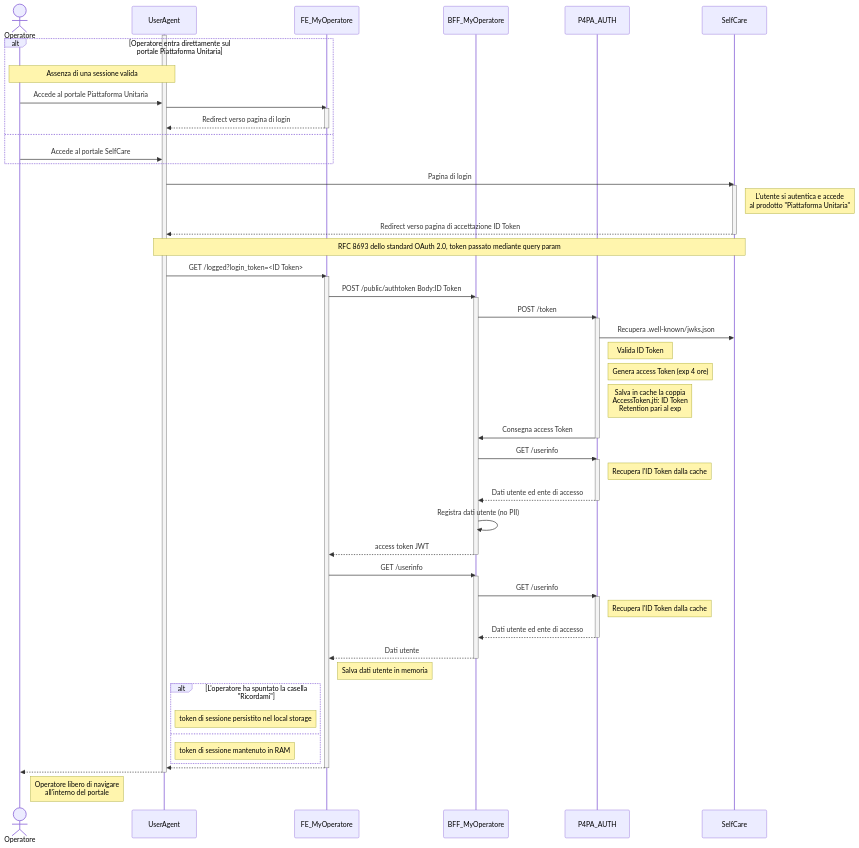
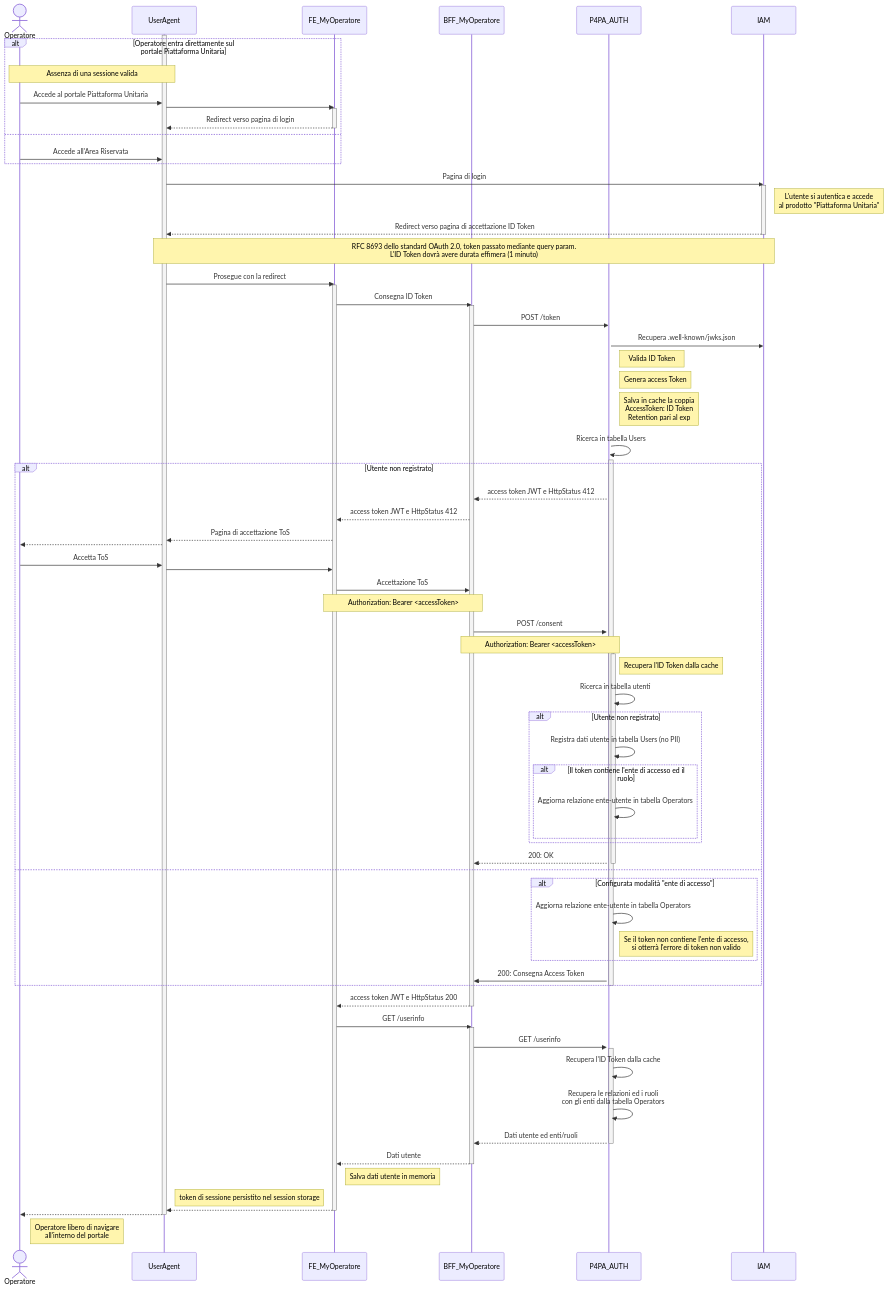
One commit to pagopa/p4pa-doc changed the diagram in design/auth/sequence_auth.mmd. Above: the diagram before and after it, drawn with Mermaid. The commit also changed 9 other files, not shown here.

```diff
--- a/design/auth/sequence_auth.mmd
+++ b/design/auth/sequence_auth.mmd
@@ -1,75 +1,96 @@
 sequenceDiagram
     actor Operatore
     participant UserAgent
     participant FE as FE_MyOperatore
     participant BFF as BFF_MyOperatore
     participant AUTH as P4PA_AUTH
-    participant SelfCare
+    participant IAM
 
     activate UserAgent
         alt Operatore entra direttamente sul portale Piattaforma Unitaria
             note over Operatore, UserAgent: Assenza di una sessione valida
             Operatore ->> UserAgent: Accede al portale Piattaforma Unitaria
 
             UserAgent ->> FE: #
             activate FE
                 FE -->> UserAgent: Redirect verso pagina di login
             deactivate FE
         else
-            Operatore ->> UserAgent: Accede al portale SelfCare
+            Operatore ->> UserAgent: Accede all'Area Riservata
         end
 
-        UserAgent ->> SelfCare: Pagina di login
-        activate SelfCare
-            note right of SelfCare: L'utente si autentica e accede<br />al prodotto "Piattaforma Unitaria"
-            SelfCare -->> UserAgent: Redirect verso pagina di accettazione ID Token
-        deactivate SelfCare
-        note over UserAgent, SelfCare: RFC 8693 dello standard OAuth 2.0, token passato mediante query param
+        UserAgent ->> IAM: Pagina di login
+        activate IAM
+            note right of IAM: L'utente si autentica e accede<br />al prodotto "Piattaforma Unitaria"
+            IAM -->> UserAgent: Redirect verso pagina di accettazione ID Token
+        deactivate IAM
+        note over UserAgent, IAM: RFC 8693 dello standard OAuth 2.0, token passato mediante query param.<BR />L'ID Token dovrà avere durata effimera (1 minuto)
 
-        UserAgent ->> FE: GET /logged?login_token=<ID Token>
+        UserAgent ->> FE: Prosegue con la redirect
         activate FE
-            FE ->> BFF: POST /public/authtoken Body:ID Token
+            FE ->> BFF: Consegna ID Token
             activate BFF
                 BFF ->> AUTH: POST /token
                 activate AUTH
-                    AUTH ->> SelfCare: Recupera .well-known/jwks.json
+                    AUTH ->> IAM: Recupera .well-known/jwks.json
                     note right of AUTH: Valida ID Token
-                    note right of AUTH: Genera access Token (exp 4 ore)
-                    note right of AUTH: Salva in cache la coppia<BR />AccessToken.jti: ID Token<BR />Retention pari al exp
-                    AUTH ->> BFF: Consegna access Token
-                deactivate AUTH
+                    note right of AUTH: Genera access Token
+                    note right of AUTH: Salva in cache la coppia<BR />AccessToken: ID Token<BR />Retention pari al exp
+                    AUTH ->> AUTH: Ricerca in tabella Users
+                    activate AUTH
+                        alt Utente non registrato
+                            AUTH -->> BFF: access token JWT e HttpStatus 412
+                            BFF -->> FE: access token JWT e HttpStatus 412
+                            FE -->> UserAgent: Pagina di accettazione ToS
+                            UserAgent -->> Operatore: #
+                            Operatore ->> UserAgent: Accetta ToS
+                            UserAgent ->> FE: #
+                            FE ->> BFF: Accettazione ToS
+                            note over FE, BFF: Authorization: Bearer <accessToken>
+                            BFF ->> AUTH: POST /consent
+                            note over BFF, AUTH: Authorization: Bearer <accessToken>
+                            activate AUTH
+                                note right of AUTH: Recupera l'ID Token dalla cache
+                                AUTH ->> AUTH: Ricerca in tabella utenti
 
-                BFF ->> AUTH: GET /userinfo
-                activate AUTH
-                    note right of AUTH: Recupera l'ID Token dalla cache
-                    AUTH -->> BFF: Dati utente ed ente di accesso
-                deactivate AUTH
+                                alt Utente non registrato
+                                    AUTH ->> AUTH: Registra dati utente in tabella Users (no PII)
+                                    alt Il token contiene l'ente di accesso ed il ruolo
+                                        AUTH ->> AUTH: Aggiorna relazione ente-utente in tabella Operators
+                                    end
+                                end
 
-                BFF ->> BFF: Registra dati utente (no PII)
+                                AUTH -->> BFF: 200: OK
+                            deactivate AUTH
+                        else
+                            alt Configurata modalità "ente di accesso"
+                                AUTH ->> AUTH: Aggiorna relazione ente-utente in tabella Operators
+                                note right of AUTH: Se il token non contiene l'ente di accesso,<BR />si otterrà l'errore di token non valido
+                            end
+                            AUTH ->> BFF: 200: Consegna Access Token
+                        end
 
-                BFF -->> FE: access token JWT
+                    deactivate AUTH
+                BFF -->> FE: access token JWT e HttpStatus 200
             deactivate BFF
 
             FE ->> BFF: GET /userinfo
             activate BFF
                 BFF ->> AUTH: GET /userinfo
                 activate AUTH
-                    note right of AUTH: Recupera l'ID Token dalla cache
-                    AUTH -->> BFF: Dati utente ed ente di accesso
+                    AUTH ->> AUTH: Recupera l'ID Token dalla cache
+                    AUTH ->> AUTH: Recupera le relazioni ed i ruoli<BR />con gli enti dalla tabella Operators
+                    AUTH -->> BFF: Dati utente ed enti/ruoli
                 deactivate AUTH
             BFF -->> FE: Dati utente
             deactivate BFF
             note right of FE: Salva dati utente in memoria
 
-            alt L'operatore ha spuntato la casella "Ricordami"
-                note right of UserAgent: token di sessione persistito nel local storage
-            else
-                note right of UserAgent: token di sessione mantenuto in RAM
-            end
+            note right of UserAgent: token di sessione persistito nel session storage
             FE -->> UserAgent: #
         deactivate FE
 
         UserAgent -->> Operatore: #
     deactivate UserAgent
 
     note right of Operatore: Operatore libero di navigare<BR />all'interno del portale
```
